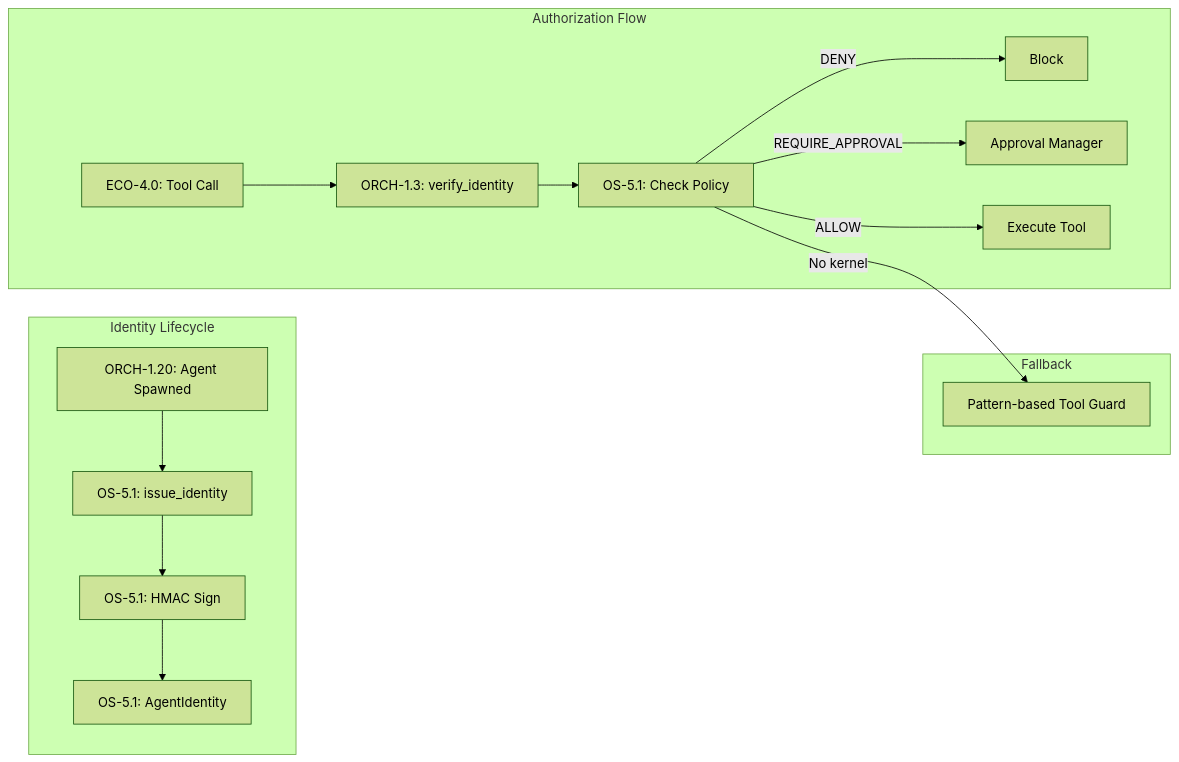
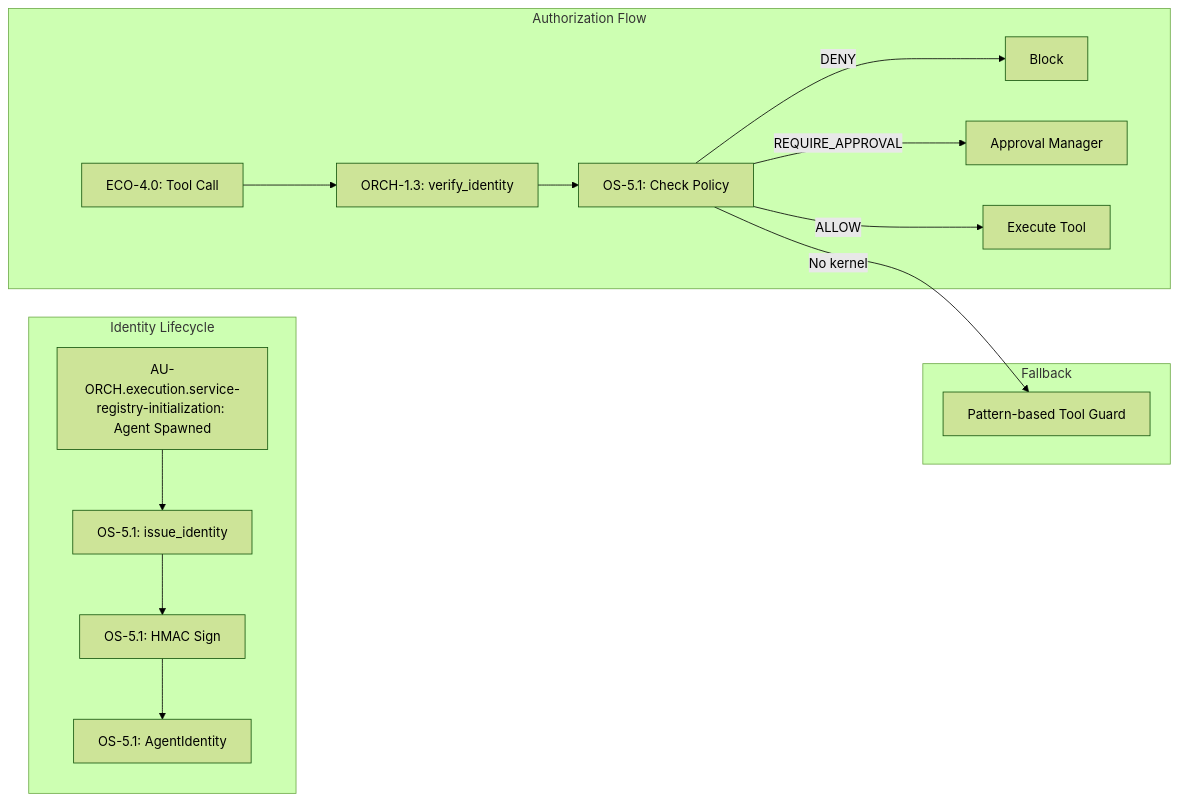
One commit to Knuckles-Team/agent-utilities changed the first of 2 diagrams in docs/guides/permissions-kernel.md. Above: the diagram before and after it, drawn with Mermaid (forest theme). The commit also changed other lines of this file and 2324 other files, not shown here.

````diff
--- a/docs/guides/permissions-kernel.md
+++ b/docs/guides/permissions-kernel.md
@@ -13,20 +13,20 @@
 ```mermaid
 flowchart LR
     subgraph Identity Lifecycle
-        SPAWN[ORCH-1.20: Agent Spawned] --> ISSUE[OS-5.1: issue_identity]
+        SPAWN[AU-ORCH.execution.service-registry-initialization: Agent Spawned] --> ISSUE[OS-5.1: issue_identity]
         ISSUE --> SIGN[OS-5.1: HMAC Sign]
         SIGN --> ID[OS-5.1: AgentIdentity]
     end
 
     subgraph Authorization Flow
         CALL[ECO-4.0: Tool Call] --> VERIFY[ORCH-1.3: verify_identity]
         VERIFY --> POLICY[OS-5.1: Check Policy]
         POLICY --> |DENY| BLOCK[Block]
         POLICY --> |REQUIRE_APPROVAL| APPROVE[Approval Manager]
         POLICY --> |ALLOW| EXEC[Execute Tool]
     end
 
     subgraph Fallback
         POLICY --> |No kernel| GUARD[Pattern-based Tool Guard]
     end
 ```
````
